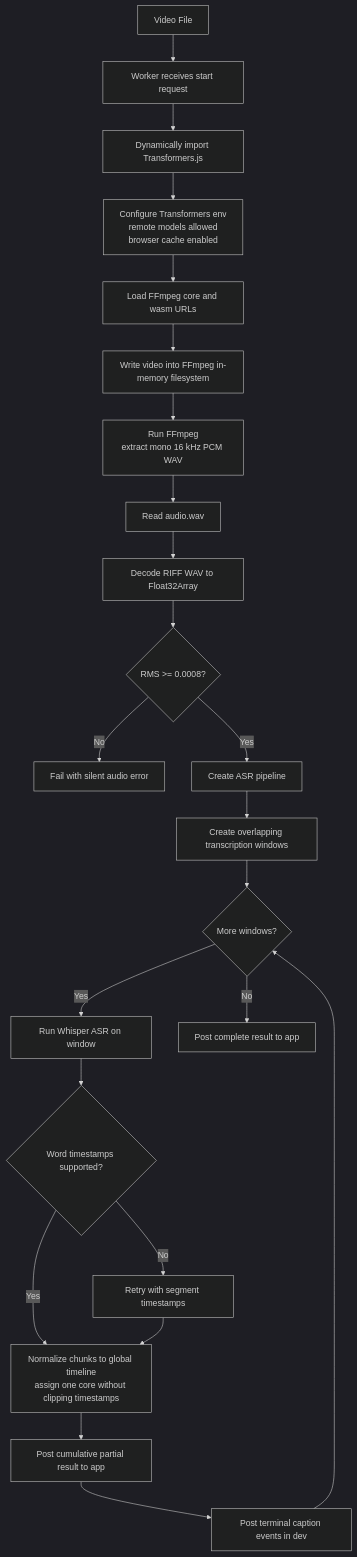
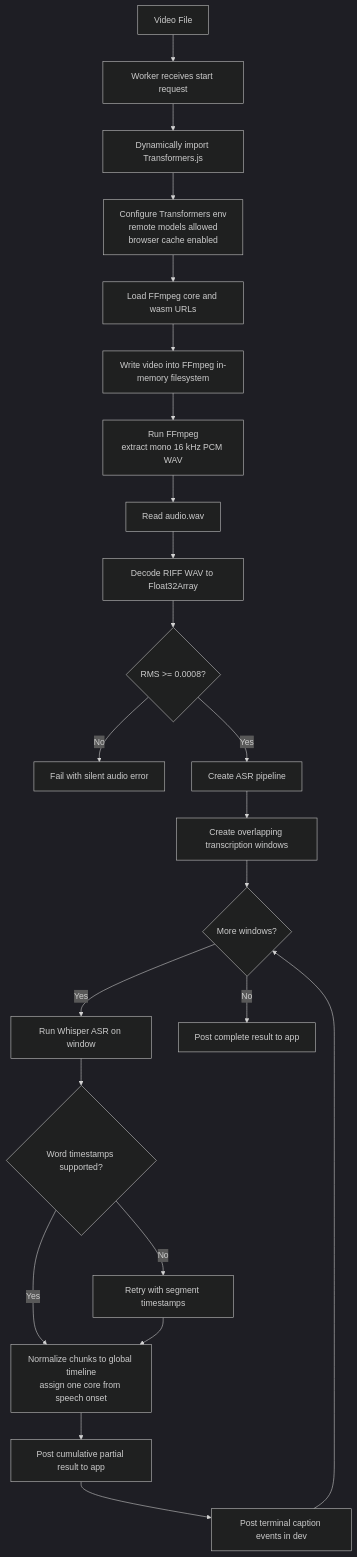
The fifth of 17 diagrams in docs/project-state.md (zxyandreay/auto-subtitle), drawn with Mermaid (dark theme) before and after one commit. The commit also changed other lines of this file and 1 other file, not shown here.

````diff
--- a/docs/project-state.md
+++ b/docs/project-state.md
@@ -273,25 +273,25 @@
 ```mermaid
 flowchart TD
     File["Video File"] --> WorkerStart["Worker receives start request"]
     WorkerStart --> DynamicImport["Dynamically import Transformers.js"]
     DynamicImport --> Env["Configure Transformers env\nremote models allowed\nbrowser cache enabled"]
     Env --> FfmpegLoad["Load FFmpeg core and wasm URLs"]
     FfmpegLoad --> WriteInput["Write video into FFmpeg in-memory filesystem"]
     WriteInput --> FfmpegExec["Run FFmpeg\nextract mono 16 kHz PCM WAV"]
     FfmpegExec --> ReadWav["Read audio.wav"]
     ReadWav --> Decode["Decode RIFF WAV to Float32Array"]
     Decode --> Silence{"RMS >= 0.0008?"}
     Silence -->|No| Error["Fail with silent audio error"]
     Silence -->|Yes| LoadPipeline["Create ASR pipeline"]
     LoadPipeline --> Windows["Create overlapping transcription windows"]
     Windows --> Loop{"More windows?"}
     Loop -->|Yes| Asr["Run Whisper ASR on window"]
     Asr --> TimestampFallback{"Word timestamps supported?"}
     TimestampFallback -->|No| SegmentRetry["Retry with segment timestamps"]
-    TimestampFallback -->|Yes| Normalize["Normalize chunks to global timeline\nassign one core without clipping timestamps"]
+    TimestampFallback -->|Yes| Normalize["Normalize chunks to global timeline\nassign one core from speech onset"]
     SegmentRetry --> Normalize
     Normalize --> PartialPreview["Post cumulative partial result to app"]
     PartialPreview --> CaptionLog["Post terminal caption events in dev"]
     CaptionLog --> Loop
     Loop -->|No| Complete["Post complete result to app"]
 ```
````
